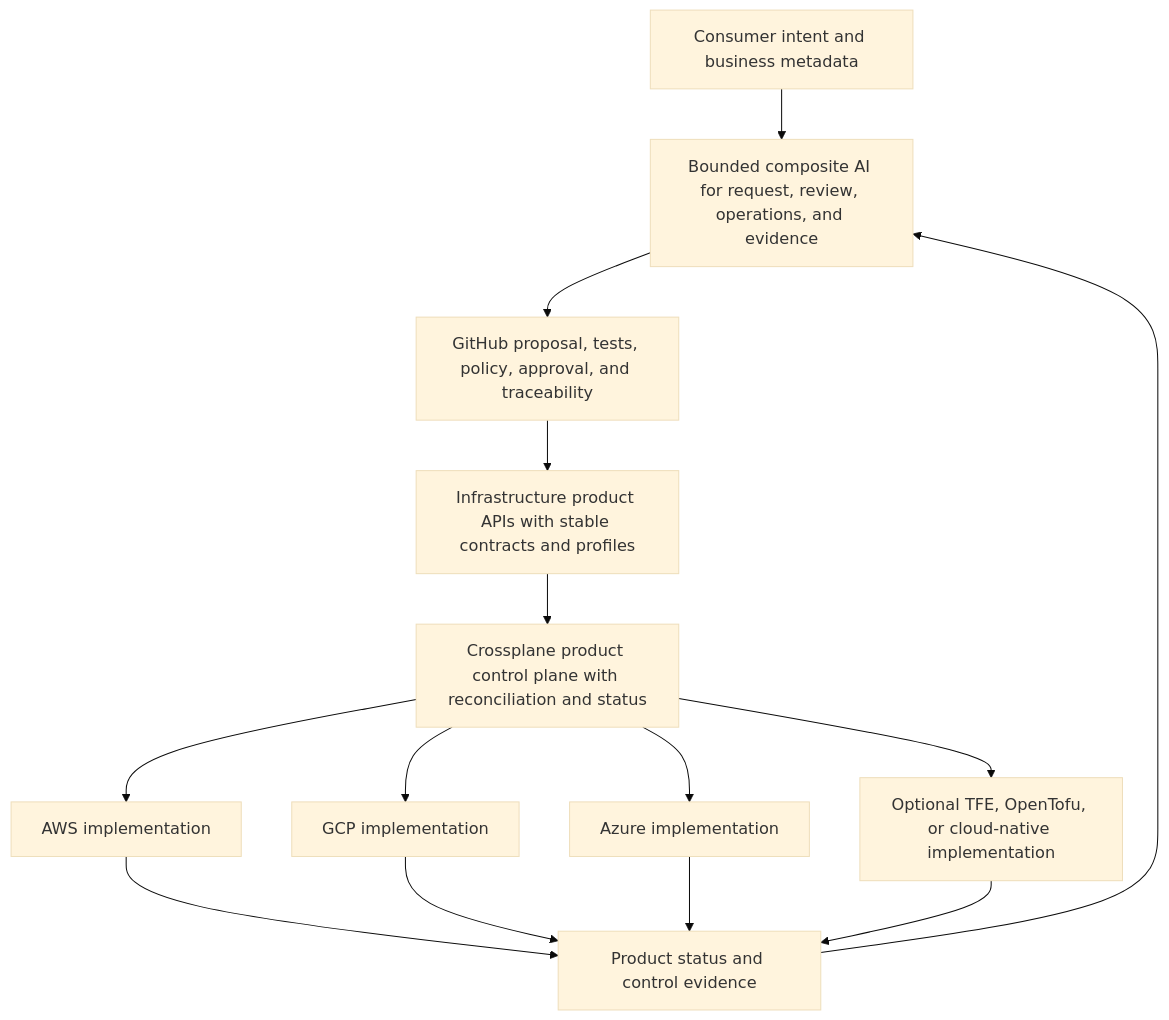
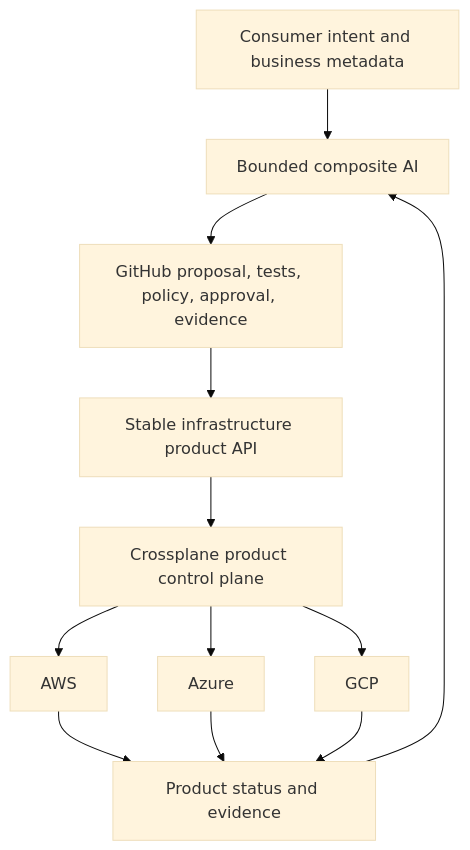
The first of 4 diagrams in README.md (SAABOLImpactVenture/ai-powered-infrastructure-as-a-product), drawn with Mermaid (base theme) before and after one commit. The commit also changed other lines of this file and 1052 other files, not shown here.

First line of the commit message:
Supersede legacy accelerator stack with modern IaaP reference architecture (#91)

````diff
--- a/README.md
+++ b/README.md
@@ -52,27 +35,24 @@
 ```mermaid
 flowchart TB
-  CON[Consumer intent and business metadata]
-  AI[Bounded composite AI for request, review, operations, and evidence]
-  GIT[GitHub proposal, tests, policy, approval, and traceability]
-  API[Infrastructure product APIs with stable contracts and profiles]
-  XP[Crossplane product control plane with reconciliation and status]
-  AWS[AWS implementation]
-  GCP[GCP implementation]
-  AZ[Azure implementation]
-  OPT[Optional TFE, OpenTofu, or cloud-native implementation]
-  EVID[Product status and control evidence]
+  C[Consumer intent and business metadata]
+  AI[Bounded composite AI]
+  GIT[GitHub proposal, tests, policy, approval, evidence]
+  API[Stable infrastructure product API]
+  XP[Crossplane product control plane]
+  AWS[AWS]
+  AZ[Azure]
+  GCP[GCP]
+  STATUS[Product status and evidence]
 
-  CON --> AI
+  C --> AI
   AI --> GIT
   GIT --> API
   API --> XP
   XP --> AWS
+  XP --> AZ
   XP --> GCP
-  XP --> AZ
-  XP --> OPT
-  AWS --> EVID
-  GCP --> EVID
-  AZ --> EVID
-  OPT --> EVID
-  EVID --> AI
+  AWS --> STATUS
+  AZ --> STATUS
+  GCP --> STATUS
+  STATUS --> AI
 ```
````
